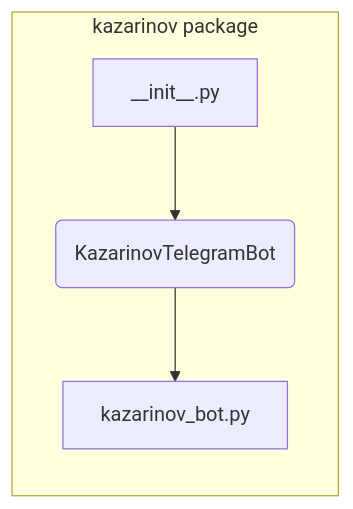
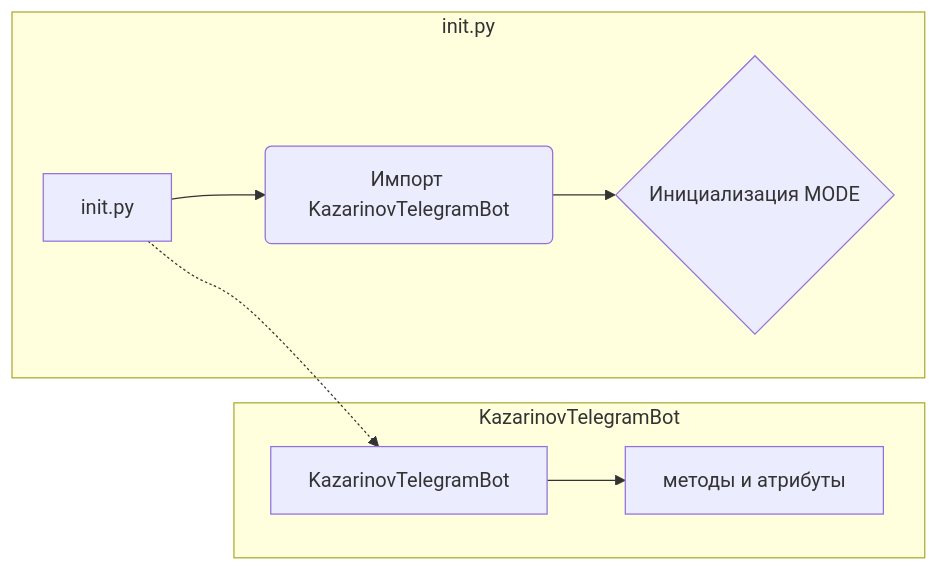
Before and after one commit to hypo69/hypo: the second of 2 diagrams in docs/gemini/ru/explainer/src/endpoints/kazarinov/__init__.md, drawn with Mermaid. The commit also changed other lines of this file and 43 other files, not shown here.

````diff
--- a/docs/gemini/ru/explainer/src/endpoints/kazarinov/__init__.md
+++ b/docs/gemini/ru/explainer/src/endpoints/kazarinov/__init__.md
@@ -35,7 +40,12 @@
 ```mermaid
 graph LR
-    subgraph "kazarinov package"
-        A[__init__.py] --> B(KazarinovTelegramBot);
-        B --> C[kazarinov_bot.py];
+    subgraph init.py
+        A[init.py] --> B(Импорт KazarinovTelegramBot);
+        B --> C{Инициализация MODE};
     end
+    subgraph KazarinovTelegramBot
+        D[KazarinovTelegramBot] --> E[методы и атрибуты]
+    end
+
+    A -.-> D
 ```
````
